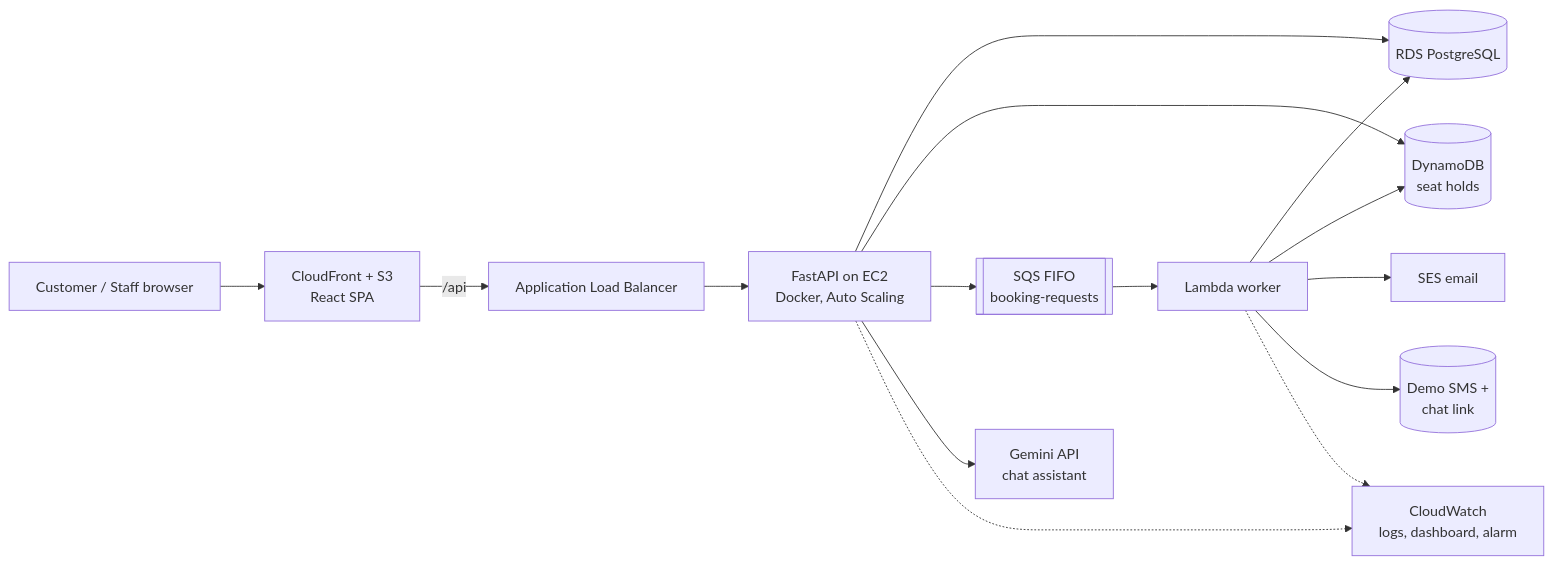
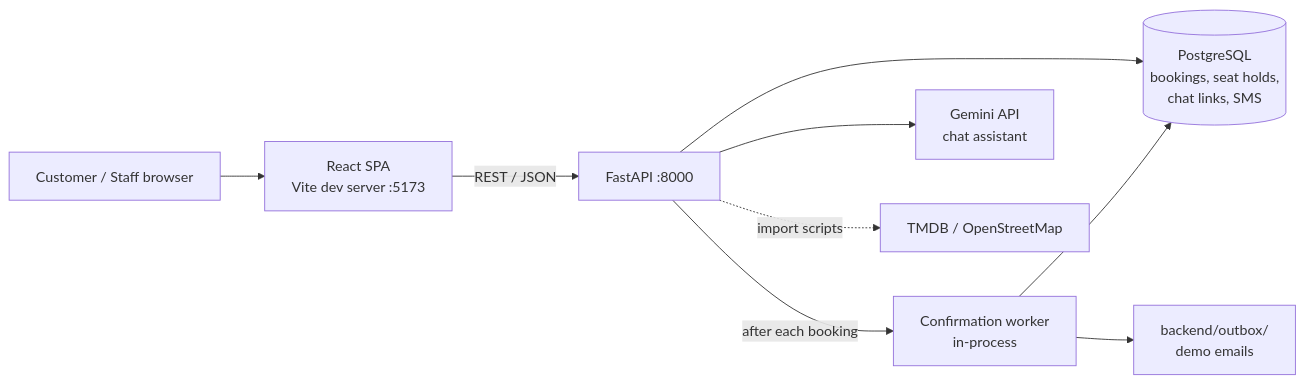
One commit to saikishorr/cinebook changed the diagram in README.md. Above: the diagram before and after it, drawn with Mermaid. The commit also changed other lines of this file and 9 other files, not shown here.

````diff
--- a/README.md
+++ b/README.md
@@ -49,17 +48,11 @@
 ```mermaid
 flowchart LR
-    U[Customer / Staff browser] --> CF[CloudFront + S3<br/>React SPA]
-    CF -->|/api| ALB[Application Load Balancer]
-    ALB --> API[FastAPI on EC2<br/>Docker, Auto Scaling]
-    API --> RDS[(RDS PostgreSQL)]
-    API --> DDB[(DynamoDB<br/>seat holds)]
-    API --> SQS[[SQS FIFO<br/>booking-requests]]
+    U[Customer / Staff browser] --> FE[React SPA<br/>Vite dev server :5173]
+    FE -->|REST / JSON| API[FastAPI :8000]
+    API --> DB[(PostgreSQL<br/>bookings, seat holds,<br/>chat links, SMS)]
+    API -->|after each booking| W[Confirmation worker<br/>in-process]
+    W --> DB
+    W --> OUT[backend/outbox/<br/>demo emails]
     API --> LLM[Gemini API<br/>chat assistant]
-    SQS --> L[Lambda worker]
-    L --> RDS
-    L --> DDB
-    L --> SES[SES email]
-    L --> SMS[(Demo SMS +<br/>chat link)]
-    API -.-> CW[CloudWatch<br/>logs, dashboard, alarm]
-    L -.-> CW
+    API -.->|import scripts| TMDB[TMDB / OpenStreetMap]
 ```
````
